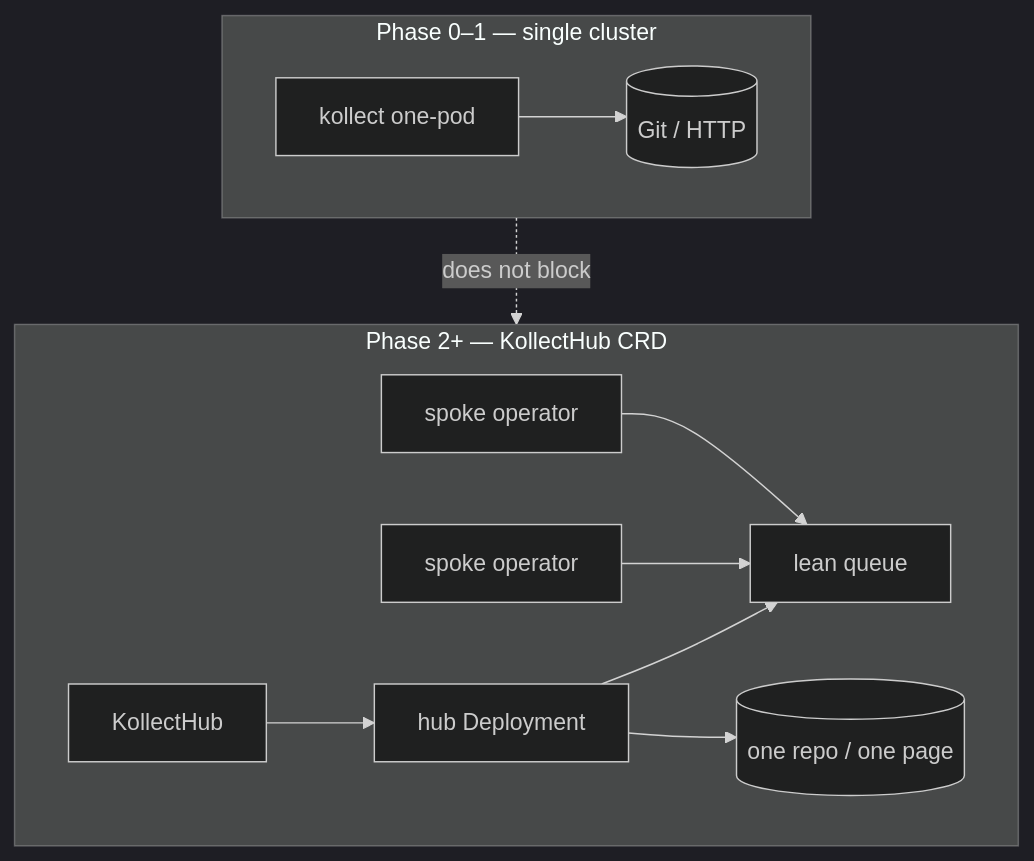
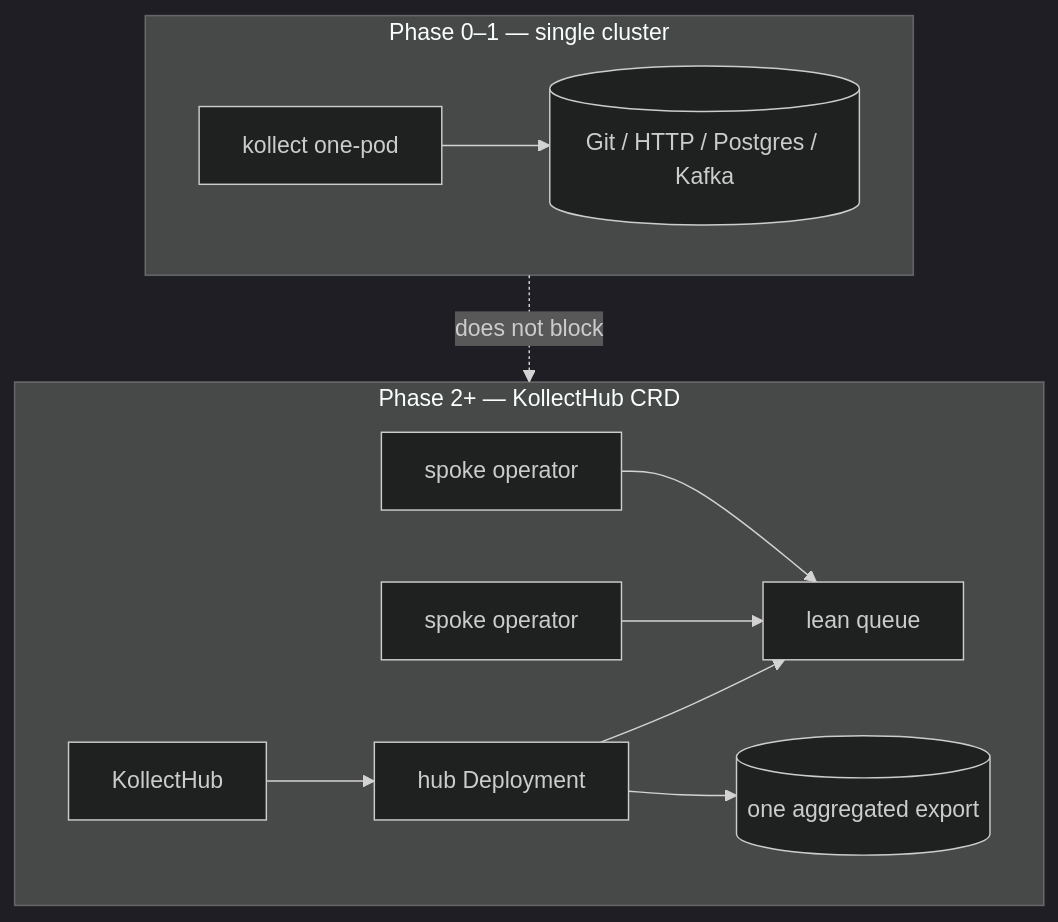
The fourth of 5 diagrams in docs/ARCHITECTURE.md (konih/kollect), drawn with Mermaid (dark theme) before and after one commit. The commit also changed other lines of this file and 17 other files, not shown here.

First line of the commit message:
:page_facing_up: docs: drop Publication scope, add database and Kafka sinks

````diff
--- a/docs/ARCHITECTURE.md
+++ b/docs/ARCHITECTURE.md
@@ -119,20 +118,20 @@
 ```mermaid
 flowchart TB
   subgraph now [Phase 0–1 — single cluster]
     Op[kollect one-pod]
-    Op --> Git1[(Git / HTTP)]
+    Op --> Git1[(Git / HTTP / Postgres / Kafka)]
   end
   subgraph later [Phase 2+ — KollectHub CRD]
     S1[spoke operator]
     S2[spoke operator]
     HubCRD[KollectHub]
     Dep[hub Deployment]
     Q[lean queue]
     HubCRD --> Dep
     S1 --> Q
     S2 --> Q
     Dep --> Q
-    Dep --> Git2[(one repo / one page)]
+    Dep --> Git2[(one aggregated export)]
   end
   now -.->|does not block| later
 ```
````
